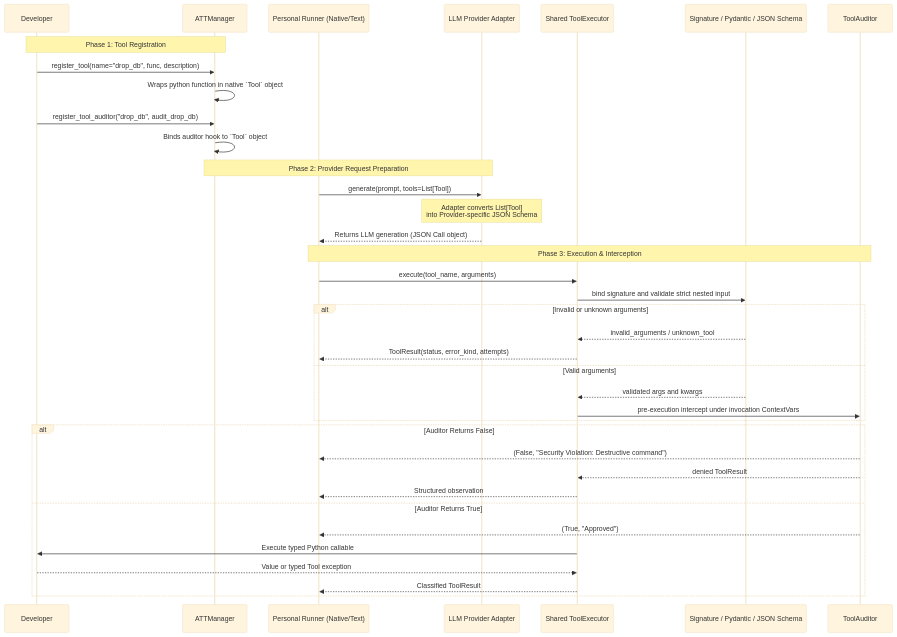
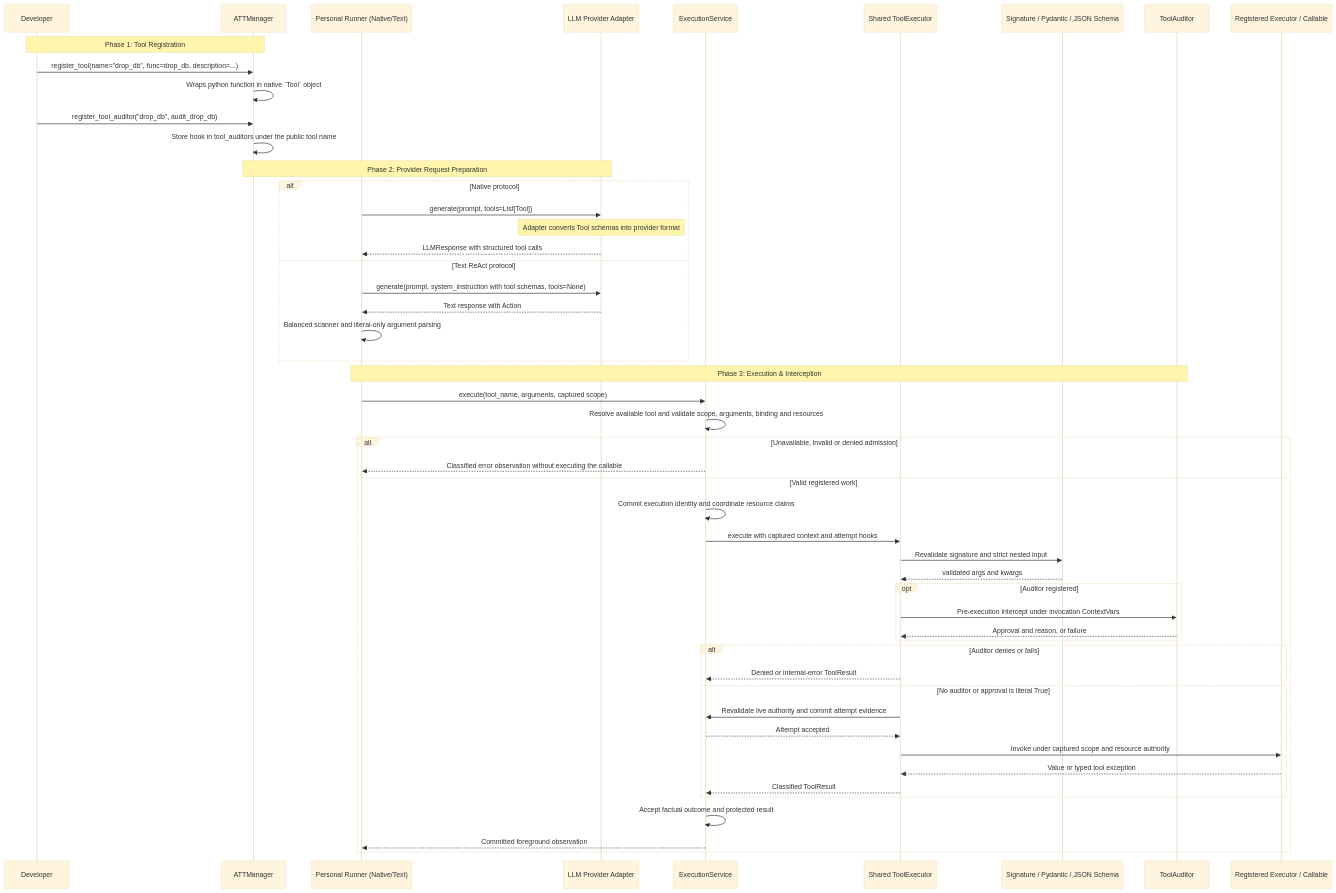
Before and after one commit to AI-Team-Team/AI-Team-Team: the second of 3 diagrams in docs/flowcharts/Tooling_and_Execution.md, drawn with Mermaid (base theme). The commit also changed other lines of this file and 113 other files, not shown here.

````diff
--- a/docs/flowcharts/Tooling_and_Execution.md
+++ b/docs/flowcharts/Tooling_and_Execution.md
@@ -47,49 +51,61 @@
 ```mermaid
 sequenceDiagram
     participant Dev as Developer
     participant Manager as ATTManager
     participant Strategy as Personal Runner (Native/Text)
     participant LLM as LLM Provider Adapter
+    participant Service as ExecutionService
     participant Executor as Shared ToolExecutor
     participant Validator as Signature / Pydantic / JSON Schema
     participant Auditor as ToolAuditor
+    participant Binding as Registered Executor / Callable
     
     %% Phase 1: Registration
     Note over Dev,Manager: Phase 1: Tool Registration
-    Dev->>Manager: register_tool(name="drop_db", func, description)
+    Dev->>Manager: register_tool(name="drop_db", func=drop_db, description=...)
     Manager->>Manager: Wraps python function in native `Tool` object
     
     Dev->>Manager: register_tool_auditor("drop_db", audit_drop_db)
-    Manager->>Manager: Binds auditor hook to `Tool` object
+    Manager->>Manager: Store hook in tool_auditors under the public tool name
     
     %% Phase 2: Generation
     Note over Manager,LLM: Phase 2: Provider Request Preparation
-    Strategy->>LLM: generate(prompt, tools=List[Tool])
-    
-    Note over LLM: Adapter converts List[Tool]<br/>into Provider-specific JSON Schema
-    LLM-->>Strategy: Returns LLM generation (JSON Call object)
+    alt Native protocol
+        Strategy->>LLM: generate(prompt, tools=List[Tool])
+        Note over LLM: Adapter converts Tool schemas into provider format
+        LLM-->>Strategy: LLMResponse with structured tool calls
+    else Text ReAct protocol
+        Strategy->>LLM: generate(prompt, system_instruction with tool schemas, tools=None)
+        LLM-->>Strategy: Text response with Action
+        Strategy->>Strategy: Balanced scanner and literal-only argument parsing
+    end
     
     %% Phase 3: Execution & Audit
     Note over Strategy,Auditor: Phase 3: Execution & Interception
-    Strategy->>Executor: execute(tool_name, arguments)
-    Executor->>Validator: bind signature and validate strict nested input
+    Strategy->>Service: execute(tool_name, arguments, captured scope)
+    Service->>Service: Resolve available tool and validate scope, arguments, binding and resources
 
-    alt Invalid or unknown arguments
-        Validator-->>Executor: invalid_arguments / unknown_tool
-        Executor-->>Strategy: ToolResult(status, error_kind, attempts)
-    else Valid arguments
+    alt Unavailable, invalid or denied admission
+        Service-->>Strategy: Classified error observation without executing the callable
+    else Valid registered work
+        Service->>Service: Commit execution identity and coordinate resource claims
+        Service->>Executor: execute with captured context and attempt hooks
+        Executor->>Validator: Revalidate signature and strict nested input
         Validator-->>Executor: validated args and kwargs
-        Executor->>Auditor: pre-execution intercept under invocation ContextVars
-    end
-    
-    alt Auditor Returns False
-        Auditor-->>Strategy: (False, "Security Violation: Destructive command")
-        Auditor-->>Executor: denied ToolResult
-        Executor-->>Strategy: Structured observation
-    else Auditor Returns True
-        Auditor-->>Strategy: (True, "Approved")
-        Executor->>Dev: Execute typed Python callable
-        Dev-->>Executor: Value or typed Tool exception
-        Executor-->>Strategy: Classified ToolResult
+        opt Auditor registered
+            Executor->>Auditor: Pre-execution intercept under invocation ContextVars
+            Auditor-->>Executor: Approval and reason, or failure
+        end
+        alt Auditor denies or fails
+            Executor-->>Service: Denied or internal-error ToolResult
+        else No auditor or approval is literal True
+            Executor->>Service: Revalidate live authority and commit attempt evidence
+            Service-->>Executor: Attempt accepted
+            Executor->>Binding: Invoke under captured scope and resource authority
+            Binding-->>Executor: Value or typed tool exception
+            Executor-->>Service: Classified ToolResult
+        end
+        Service->>Service: Accept factual outcome and protected result
+        Service-->>Strategy: Committed foreground observation
     end
 ```
````
